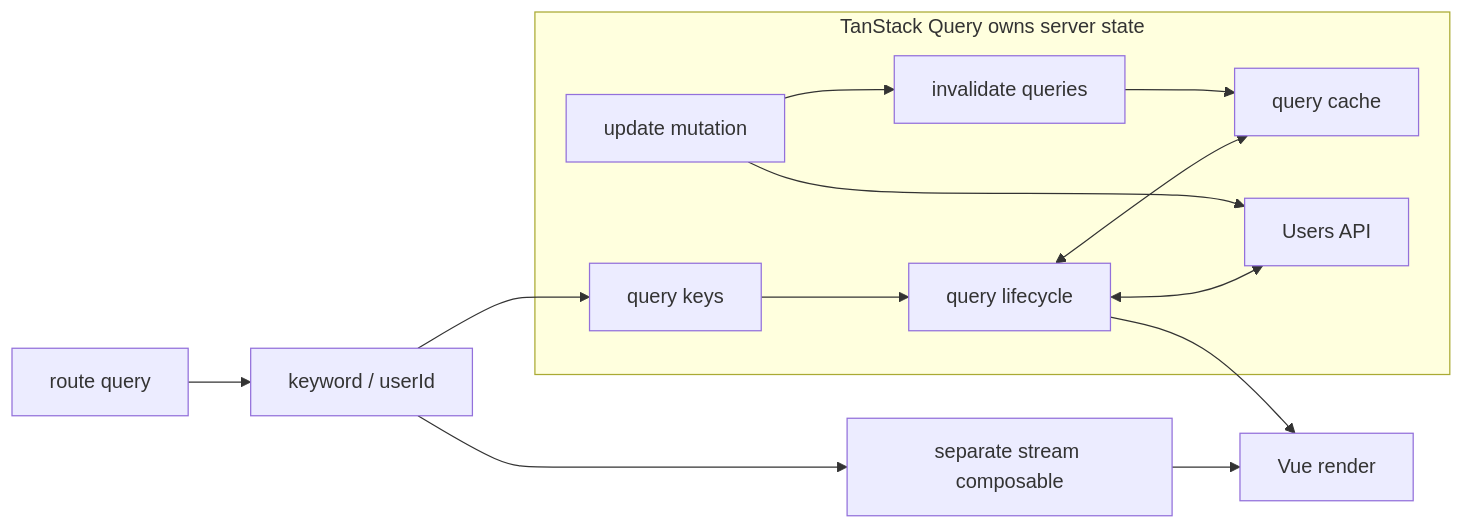
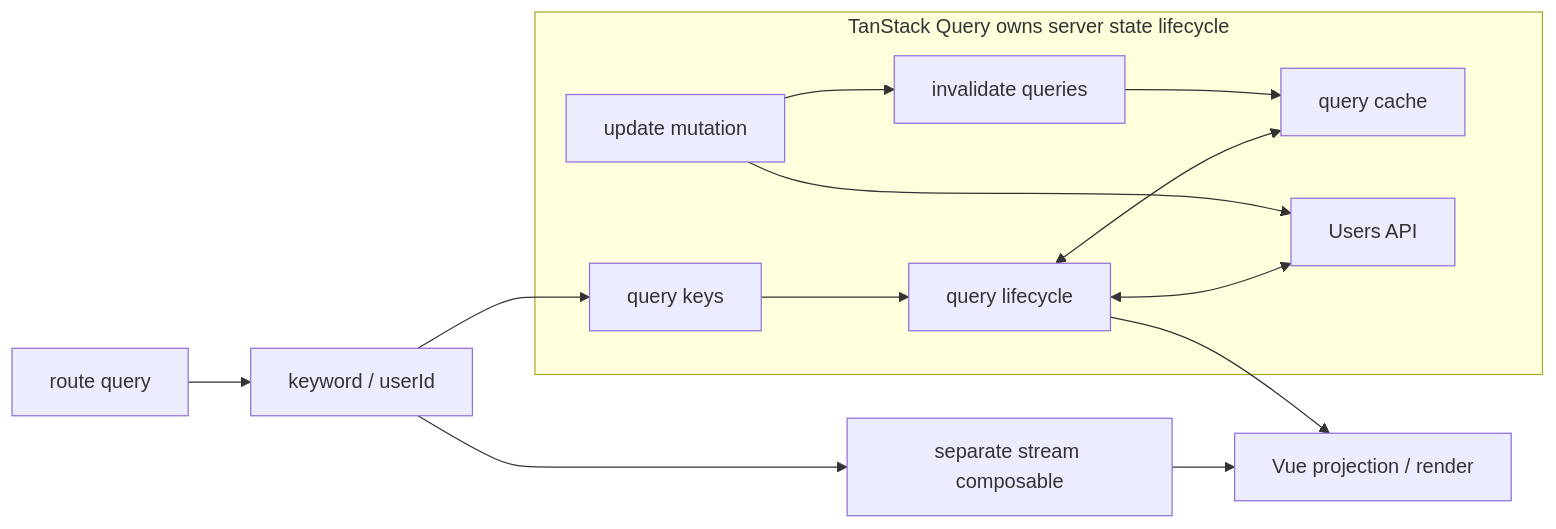
The fourth of 5 diagrams in docs/vue-async-ownership-talk-proposal.md (Luciano0322/v-tw-talk-2026), drawn with Mermaid before and after one commit. The commit also changed other lines of this file, not shown here.

Commit message:
feat: add async work lifecycle explain

````diff
--- a/docs/vue-async-ownership-talk-proposal.md
+++ b/docs/vue-async-ownership-talk-proposal.md
@@ -491,18 +652,18 @@
 ```mermaid
 flowchart LR
   Route[route query] --> Sources[keyword / userId]
   Sources --> Keys[query keys]
 
-  subgraph QueryOwner[TanStack Query owns server state]
+  subgraph QueryOwner[TanStack Query owns server state lifecycle]
     Keys --> Query[query lifecycle]
     Query <--> Cache[query cache]
     Query <--> API[Users API]
     Mutation[update mutation] --> API
     Mutation --> Invalidate[invalidate queries]
     Invalidate --> Cache
   end
 
-  Query --> Vue[Vue render]
+  Query --> Vue[Vue projection / render]
   Sources --> Stream[separate stream composable]
   Stream --> Vue
 ```
````
